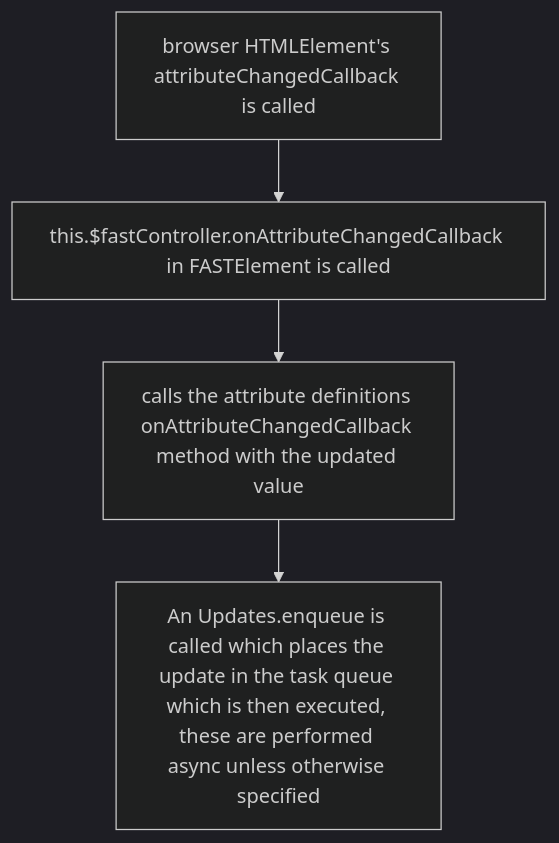
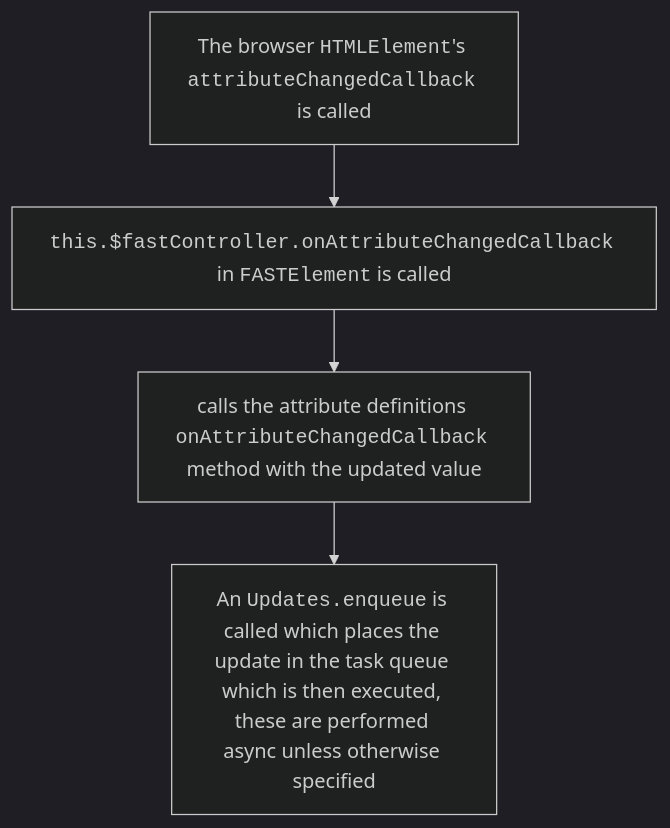
Before and after one commit to microsoft/fast: the sixth of 6 diagrams in packages/web-components/fast-element/ARCHITECTURE.md, drawn with Mermaid (dark theme). The commit also changed other lines of this file, not shown here.

````diff
--- a/packages/web-components/fast-element/ARCHITECTURE.md
+++ b/packages/web-components/fast-element/ARCHITECTURE.md
@@ -122,7 +122,7 @@
 ```mermaid
 flowchart TD
-    A[browser HTMLElement's attributeChangedCallback is called] --> B
-    B[this.$fastController.onAttributeChangedCallback in FASTElement is called] --> C
-    C[calls the attribute definitions onAttributeChangedCallback method with the updated value] --> D
-    D[An Updates.enqueue is called which places the update in the task queue which is then executed, these are performed async unless otherwise specified]
+    A[The browser <code>HTMLElement</code>'s <code>attributeChangedCallback</code> is called] --> B
+    B[<code>this.$fastController.onAttributeChangedCallback</code> in <code>FASTElement</code> is called] --> C
+    C[calls the attribute definitions <code>onAttributeChangedCallback</code> method with the updated value] --> D
+    D[An <code>Updates.enqueue</code> is called which places the update in the task queue which is then executed, these are performed async unless otherwise specified]
 ```
````
